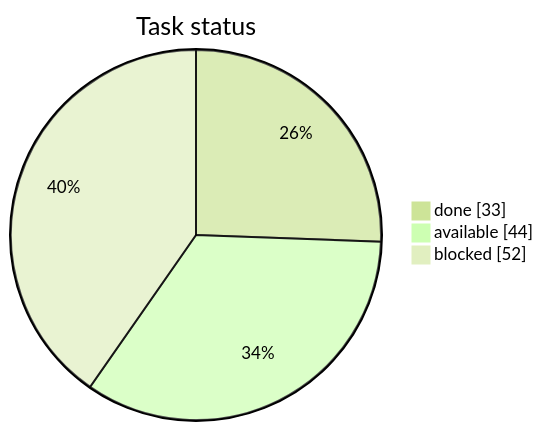
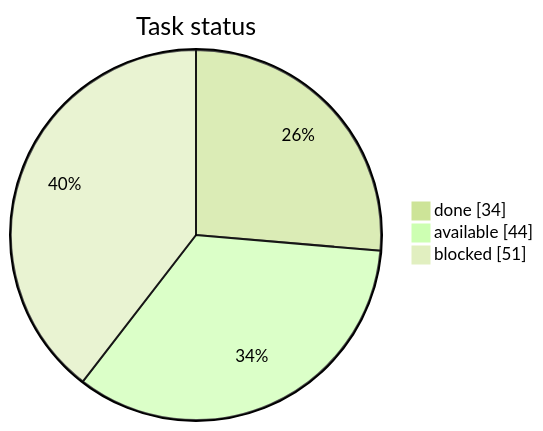
Before and after one commit to artemiiShabanov/RallyRivals: the first of 3 diagrams in STATUS.md, drawn with Mermaid (forest theme). The commit also changed other lines of this file and 24 other files, not shown here.

````diff
--- a/STATUS.md
+++ b/STATUS.md
@@ -7,7 +7,7 @@
 ```mermaid
 pie showData
     title Task status
-    "done" : 33
+    "done" : 34
     "available" : 44
-    "blocked" : 52
+    "blocked" : 51
 ```
````
